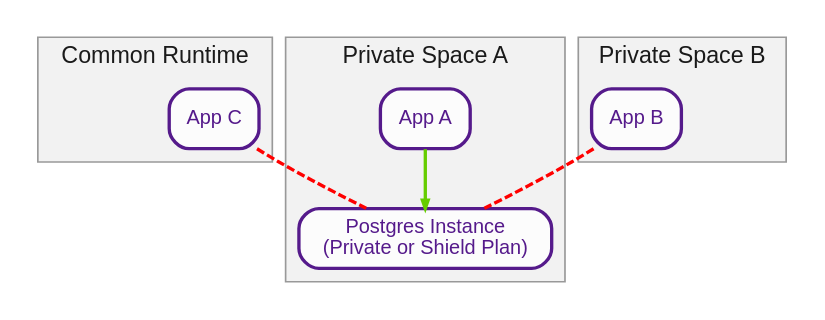
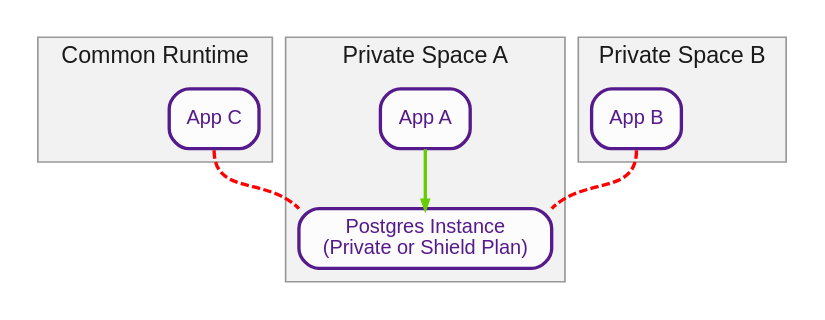
One commit to caseywatts/graphviz-tutorial changed the diagram in example.dot. Above: the diagram before and after it, drawn with Graphviz. The commit also changed 1 other file, not shown here.

```diff
--- a/example.dot
+++ b/example.dot
@@ -1,25 +1,25 @@
 digraph G {
     ///// start Heroku styles
     graph [fontname="helvetica",fontsize=14,splines=true,pad=0.1,compound=true,color="grey60",fontcolor="grey10",fillcolor=grey95,style="filled"];
     node [fontname="helvetica",fontsize=12,color=purple4,shape=box,style="rounded, filled",fontcolor=purple4,fillcolor=grey99,penwidth=2];
     edge [fontname="helvetica",color=grey35,fontcolor=black,arrowhead="normal",penwidth=2,arrowsize=0.5];
     ///// end Heroku styles
 
     subgraph cluster3 {
       label="Common Runtime"
       "App C"
     }
     subgraph cluster1 {
       label="Private Space A"
       "App A"
       "Postgres Instance\n(Private or Shield Plan)"
     }
     subgraph cluster2 {
       label="Private Space B"
       "App B"
     }
 
     "App A" -> "Postgres Instance\n(Private or Shield Plan)" [color=chartreuse3]
-    "App B" -> "Postgres Instance\n(Private or Shield Plan)" [color=red, style=dashed, dir=none]
-    "App C" -> "Postgres Instance\n(Private or Shield Plan)" [color=red, style=dashed, dir=none]
+    "App B":s -> "Postgres Instance\n(Private or Shield Plan)":ne [color=red, style=dashed, dir=none]
+    "App C":s -> "Postgres Instance\n(Private or Shield Plan)":nw [color=red, style=dashed, dir=none]
 }
```
